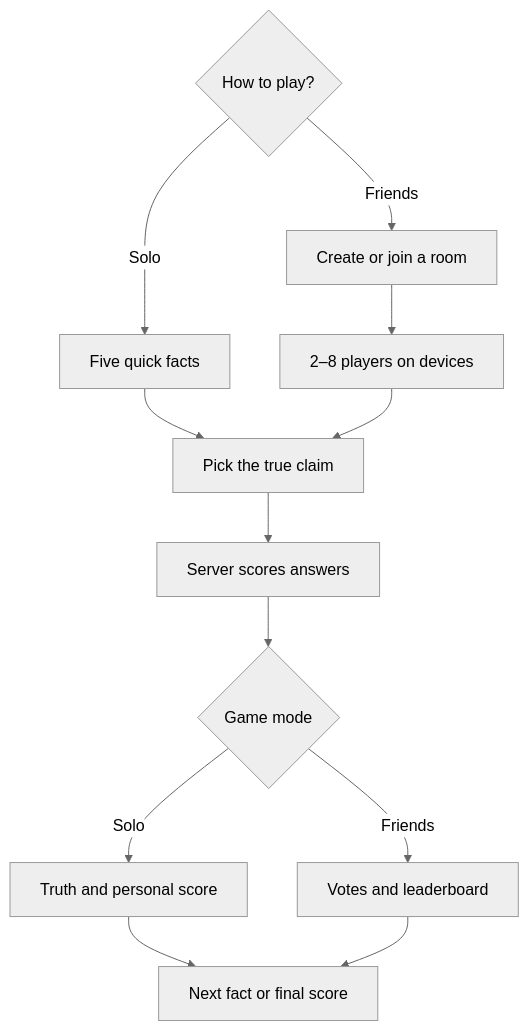
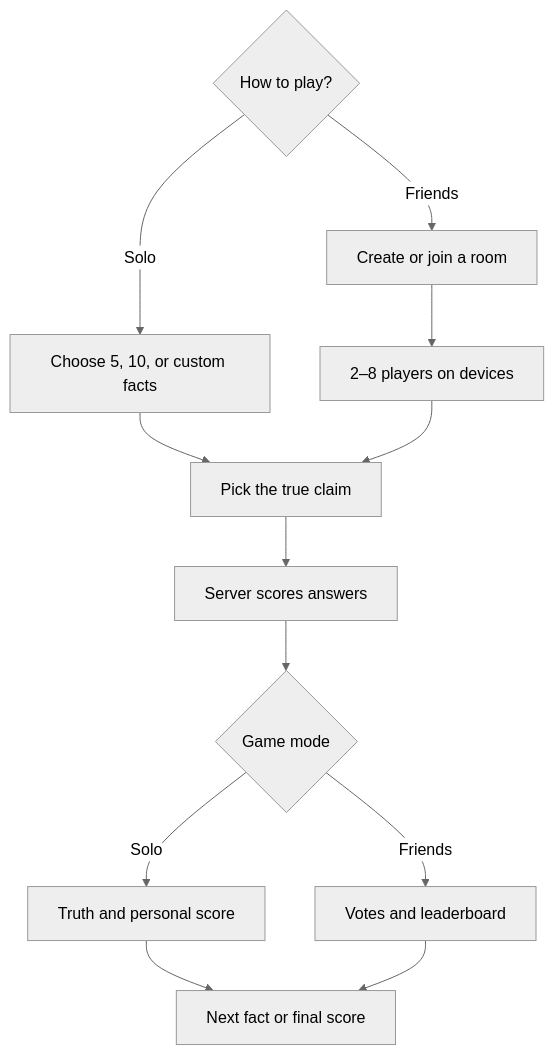
The first of 2 diagrams in README.md (L-Upadhyay/oddly-true), drawn with Mermaid (neutral theme) before and after one commit. The commit also changed other lines of this file and 7 other files, not shown here.

````diff
--- a/README.md
+++ b/README.md
@@ -11,14 +11,14 @@
 ```mermaid
 flowchart TD
-  A{"How to play?"} -->|Solo| S["Five quick facts"]
+  A{"How to play?"} -->|Solo| S["Choose 5, 10, or custom facts"]
   A -->|Friends| B["Create or join a room"]
   B --> C["2–8 players on devices"]
   S --> D["Pick the true claim"]
   C --> D
   D --> E["Server scores answers"]
   E --> F{"Game mode"}
   F -->|Solo| G["Truth and personal score"]
   F -->|Friends| H["Votes and leaderboard"]
   G --> I["Next fact or final score"]
   H --> I
 ```
````
